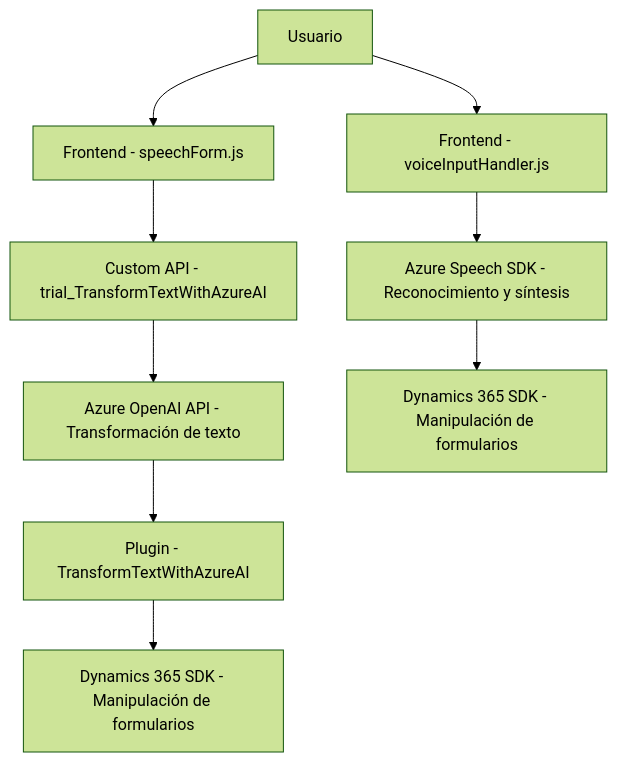
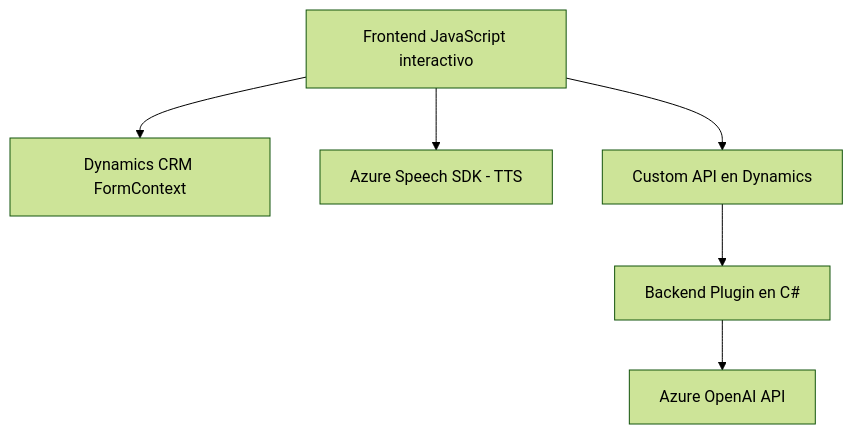
One commit to blopezdm/NETCORE_BILBAO2025 changed the diagram in README.md. Above: the diagram before and after it, drawn with Mermaid (forest theme). The commit also changed other lines of this file, not shown here.

````diff
--- a/README.md
+++ b/README.md
@@ -41,11 +71,15 @@
 ```mermaid
 graph TD
-  A["Usuario"] --> B["Frontend - voiceInputHandler.js"]
-  A --> C["Frontend - speechForm.js"]
-  B --> D["Azure Speech SDK - Reconocimiento y síntesis"]
-  C --> E["Custom API - trial_TransformTextWithAzureAI"]
-  E --> F["Azure OpenAI API - Transformación de texto"]
-  F --> G["Plugin - TransformTextWithAzureAI"]
-  G --> H["Dynamics 365 SDK - Manipulación de formularios"]
-  D --> I["Dynamics 365 SDK - Manipulación de formularios"]
+    A["Frontend JavaScript interactivo"]
+    B["Dynamics CRM FormContext"]
+    C["Azure Speech SDK - TTS"]
+    D["Custom API en Dynamics"]
+    E["Backend Plugin en C#"]
+    F["Azure OpenAI API"]
+
+    A --> B
+    A --> C
+    A --> D
+    D --> E
+    E --> F
 ```
````
